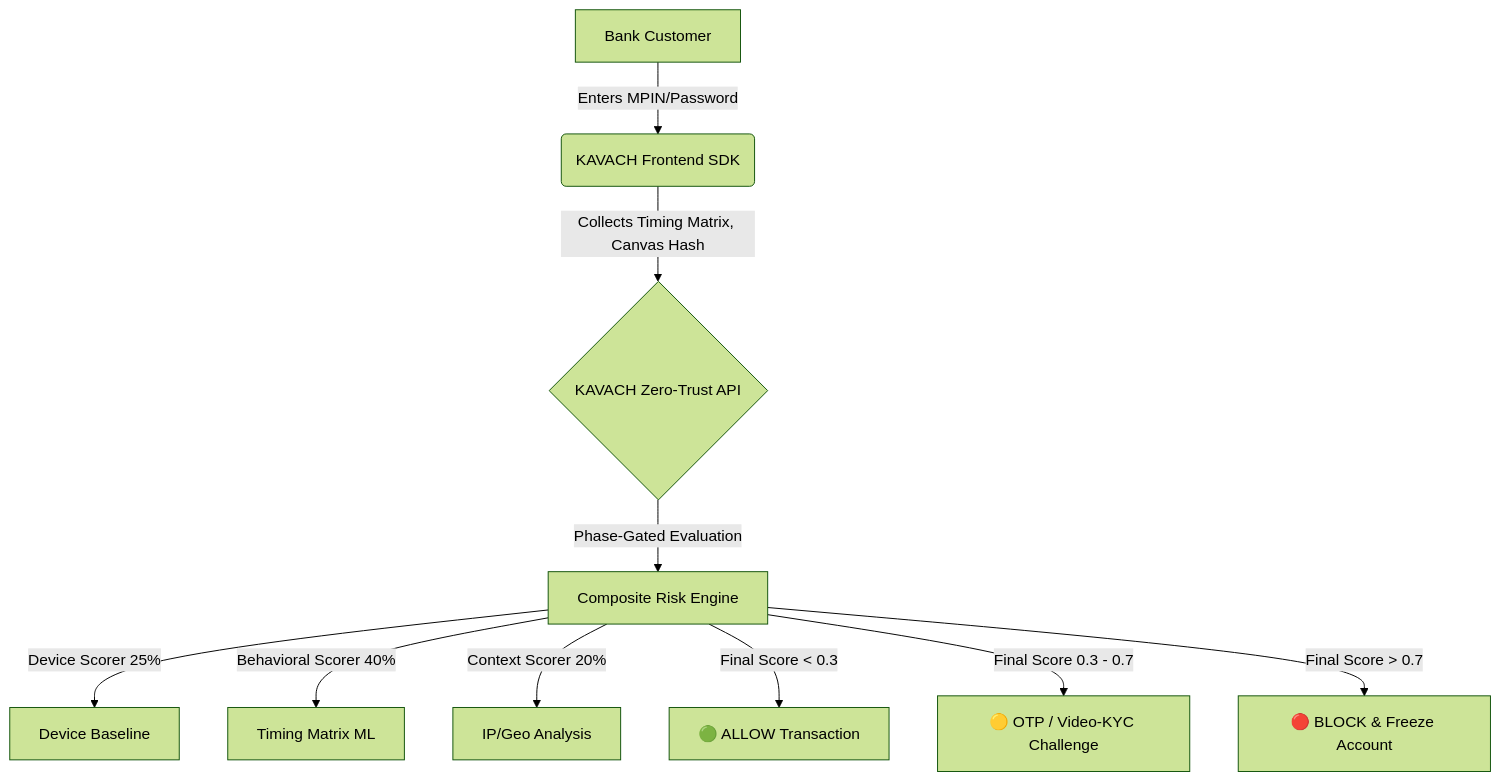
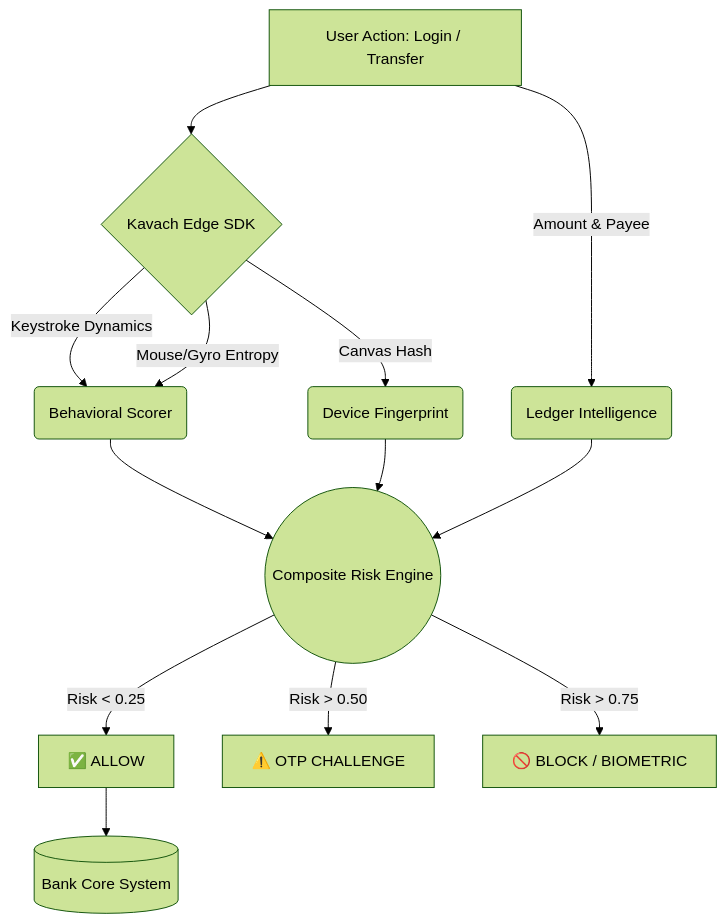
The diagram in README.md (Gaurav18raj/KAVACH), drawn with Mermaid (forest theme) before and after one commit. The commit also changed other lines of this file and 28 other files, not shown here.

Commit message:
Complete Kavach Behavioral Authentication Engine - Hackathon Ready

````diff
--- a/README.md
+++ b/README.md
@@ -62,15 +33,18 @@
 ```mermaid
 graph TD
-    A[Bank Customer] -->|Enters MPIN/Password| B(KAVACH Frontend SDK)
-    B -->|Collects Timing Matrix, Canvas Hash| C{KAVACH Zero-Trust API}
+    A[User Action: Login / Transfer] --> B{Kavach Edge SDK}
+    B -->|Keystroke Dynamics| C(Behavioral Scorer)
+    B -->|Mouse/Gyro Entropy| C
+    B -->|Canvas Hash| D(Device Fingerprint)
+    A -->|Amount & Payee| E(Ledger Intelligence)
     
-    C -->|Phase-Gated Evaluation| D[Composite Risk Engine]
+    C --> F((Composite Risk Engine))
+    D --> F
+    E --> F
     
-    D -->|Device Scorer 25%| E[Device Baseline]
-    D -->|Behavioral Scorer 40%| F[Timing Matrix ML]
-    D -->|Context Scorer 20%| G[IP/Geo Analysis]
+    F -->|Risk < 0.25| G[✅ ALLOW]
+    F -->|Risk > 0.50| H[⚠️ OTP CHALLENGE]
+    F -->|Risk > 0.75| I[🚫 BLOCK / BIOMETRIC]
     
-    D -->|Final Score < 0.3| H[🟢 ALLOW Transaction]
-    D -->|Final Score 0.3 - 0.7| I[🟡 OTP / Video-KYC Challenge]
-    D -->|Final Score > 0.7| J[🔴 BLOCK & Freeze Account]
+    G --> J[(Bank Core System)]
 ```
````
